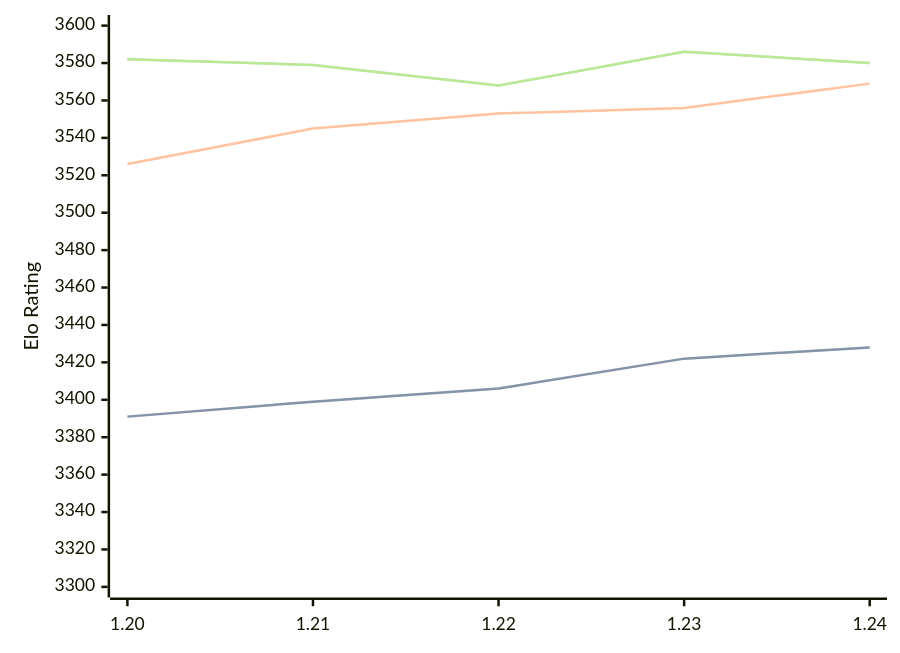
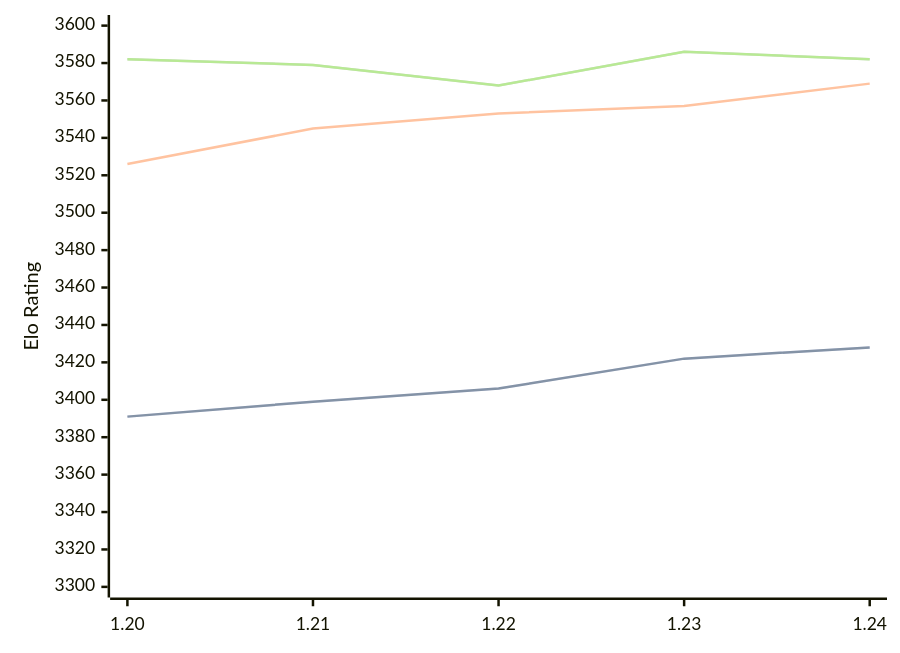
The diagram in engines/Caissa.md (computer-chess-index/cci), drawn with Mermaid before and after one commit. The commit also changed other lines of this file, not shown here.

Commit message:
Update CCI Ratings (ELO VLTC) - 2026-03-13

````diff
--- a/engines/Caissa.md
+++ b/engines/Caissa.md
@@ -62,11 +62,11 @@
 ```mermaid
 %%{init: {"theme":"base","themeVariables":{"seriesColors:['#a3a3a3','#222221','#faa371']}}}%%
 xychart-beta
   x-axis ["1.20", "1.21", "1.22", "1.23", "1.24"]
   y-axis "Elo Rating" 3300 --> 3600
   line "STC (8.0+0.08s)" [3391, 3399, 3406, 3422, 3428]
   line "STC (8.0+0.08s)" [3391, 3399, 3406, 3422, 3428]
-  line "LTC (60.0+0.60s)" [3526, 3545, 3553, 3556, 3569]
-  line "VLTC (2m24s+1.12s)" [3582, 3579, 3568, 3586, 3580]
-  line "VLTC (2m24s+1.12s)" [3582, 3579, 3568, 3586, 3580]
+  line "LTC (60.0+0.60s)" [3526, 3545, 3553, 3557, 3569]
+  line "VLTC (2m24s+1.12s)" [3582, 3579, 3568, 3586, 3582]
+  line "VLTC (2m24s+1.12s)" [3582, 3579, 3568, 3586, 3582]
 ```
````
